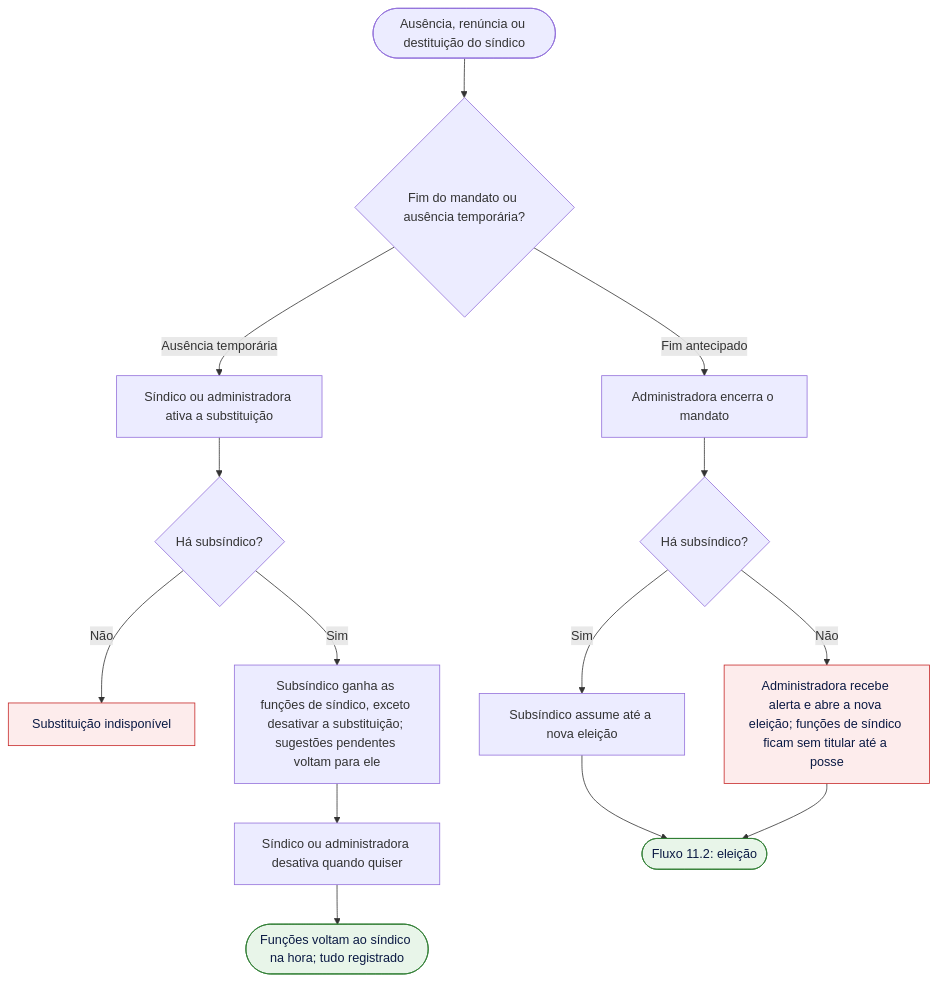
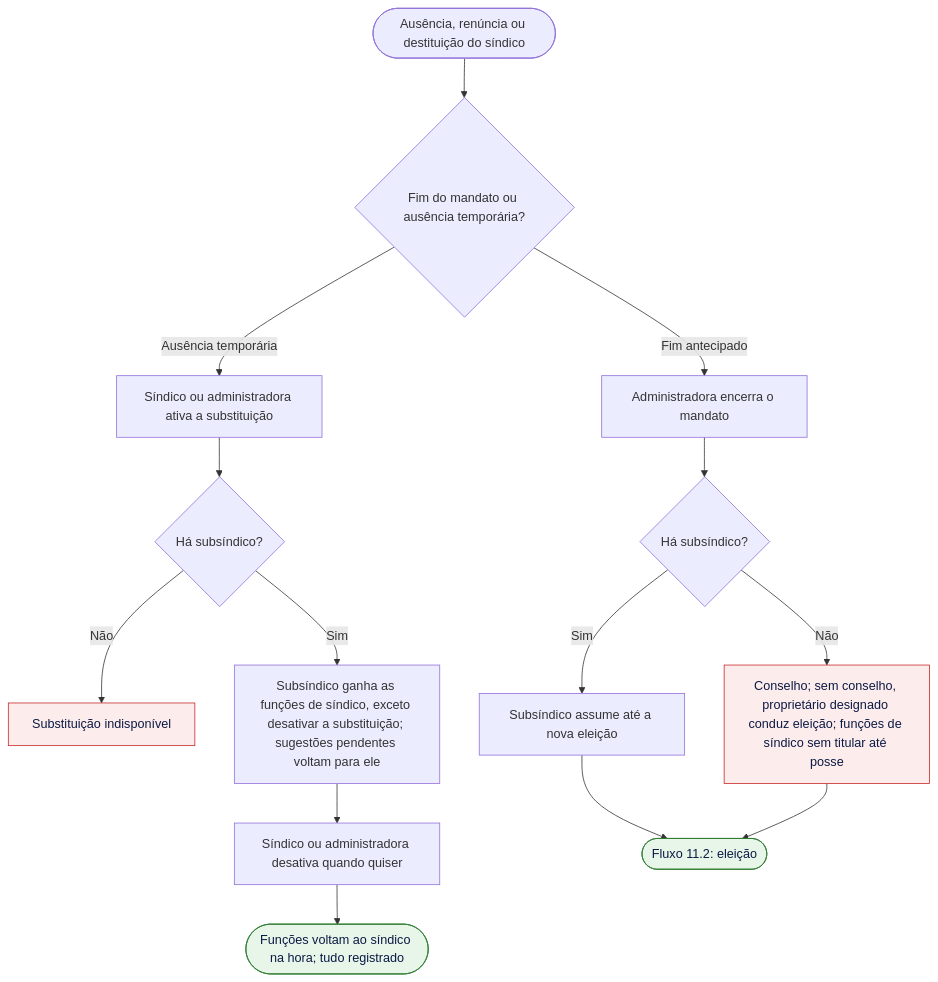
One commit to pedrolems/CondomiFacil changed the sixth of 31 diagrams in docs/02-design/02-user-flows.md. Above: the diagram before and after it, drawn with Mermaid. The commit also changed other lines of this file and 8 other files, not shown here.

````diff
--- a/docs/02-design/02-user-flows.md
+++ b/docs/02-design/02-user-flows.md
@@ -288,20 +290,20 @@
 ```mermaid
 flowchart TD
     A(["Ausência, renúncia ou destituição do síndico"]) --> B{"Fim do mandato ou ausência temporária?"}
     B -->|"Ausência temporária"| C["Síndico ou administradora ativa a substituição"]
     C --> C1{"Há subsíndico?"}
     C1 -->|"Não"| E1["Substituição indisponível"]
     C1 -->|"Sim"| C2["Subsíndico ganha as funções de síndico, exceto desativar a substituição; sugestões pendentes voltam para ele"]
     C2 --> C3["Síndico ou administradora desativa quando quiser"]
     C3 --> Z1(["Funções voltam ao síndico na hora; tudo registrado"])
     B -->|"Fim antecipado"| D["Administradora encerra o mandato"]
     D --> D1{"Há subsíndico?"}
     D1 -->|"Sim"| D2["Subsíndico assume até a nova eleição"]
-    D1 -->|"Não"| D3["Administradora recebe alerta e abre a nova eleição; funções de síndico ficam sem titular até a posse"]
+    D1 -->|"Não"| D3["Conselho; sem conselho, proprietário designado conduz eleição; funções de síndico sem titular até posse"]
     D2 --> Z2(["Fluxo 11.2: eleição"])
     D3 --> Z2
     classDef ok fill:#E8F5E9,stroke:#2E7D32,color:#0B1A44
     classDef erro fill:#FDECEC,stroke:#C62828,color:#0B1A44
     class Z1,Z2 ok
     class E1,D3 erro
 ```
````
